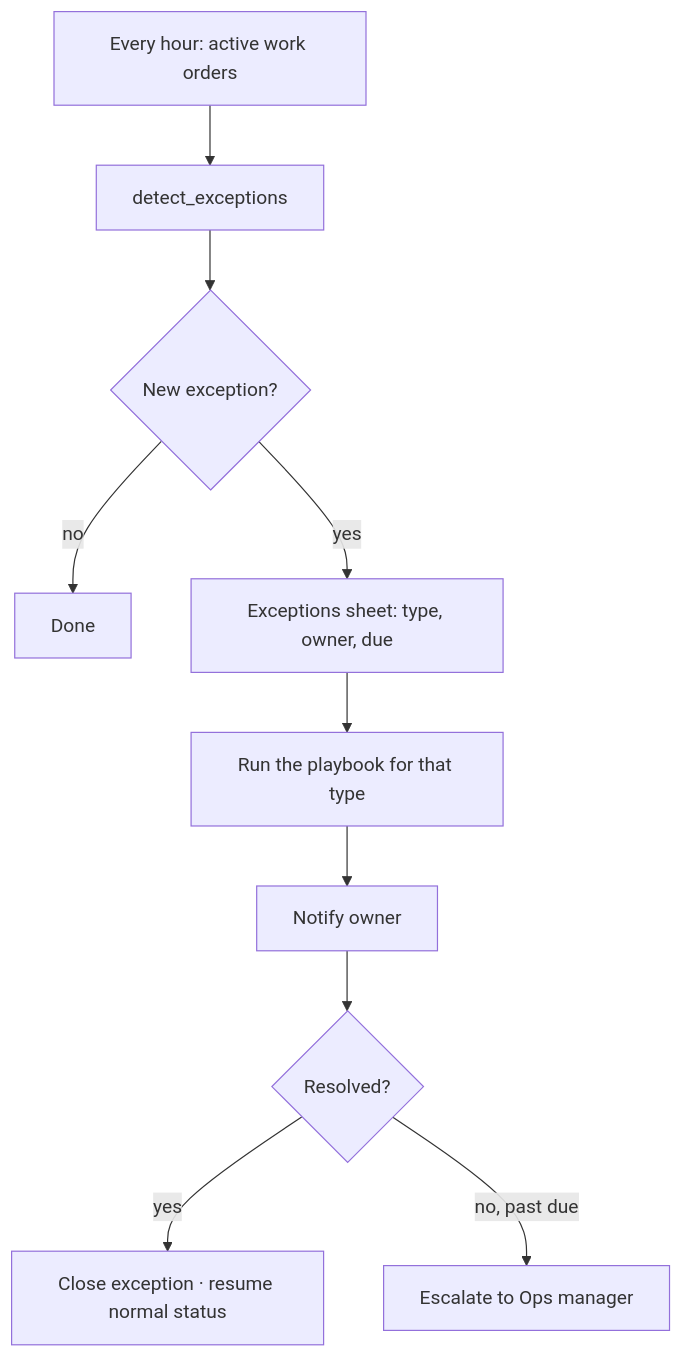
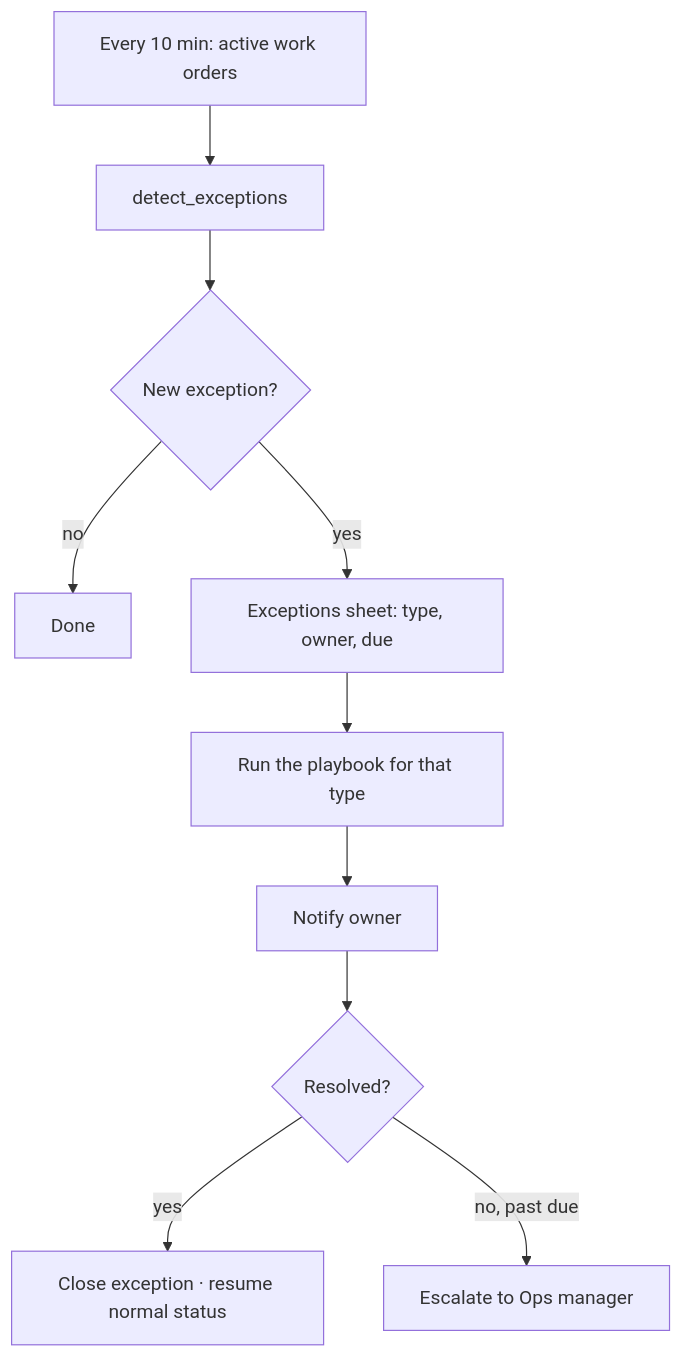
Before and after one commit to mariafe-jmbrandify/ai-property-maintenance-automation: the diagram in docs/scenarios/12-exception-handling.md, drawn with Mermaid. The commit also changed other lines of this file and 35 other files, not shown here.

````diff
--- a/docs/scenarios/12-exception-handling.md
+++ b/docs/scenarios/12-exception-handling.md
@@ -16,12 +16,12 @@
 ```mermaid
 flowchart TD
-    A[Every hour: active work orders] --> B[detect_exceptions]
+    A[Every 10 min: active work orders] --> B[detect_exceptions]
     B --> C{New exception?}
     C -- no --> Z[Done]
     C -- yes --> D[Exceptions sheet: type, owner, due]
     D --> E[Run the playbook for that type]
     E --> F[Notify owner]
     F --> G{Resolved?}
     G -- yes --> H[Close exception · resume normal status]
     G -- no, past due --> I[Escalate to Ops manager]
 ```
````
